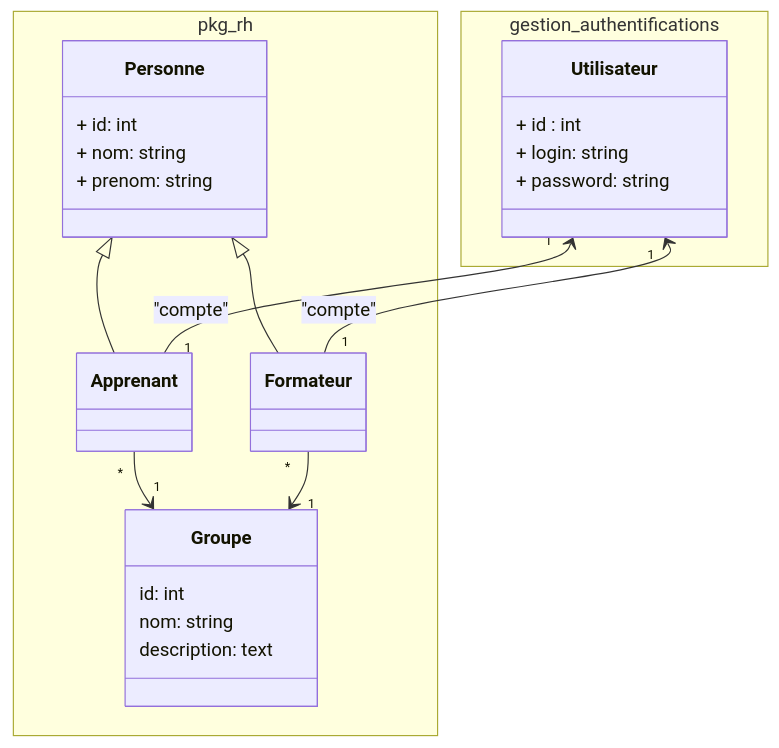
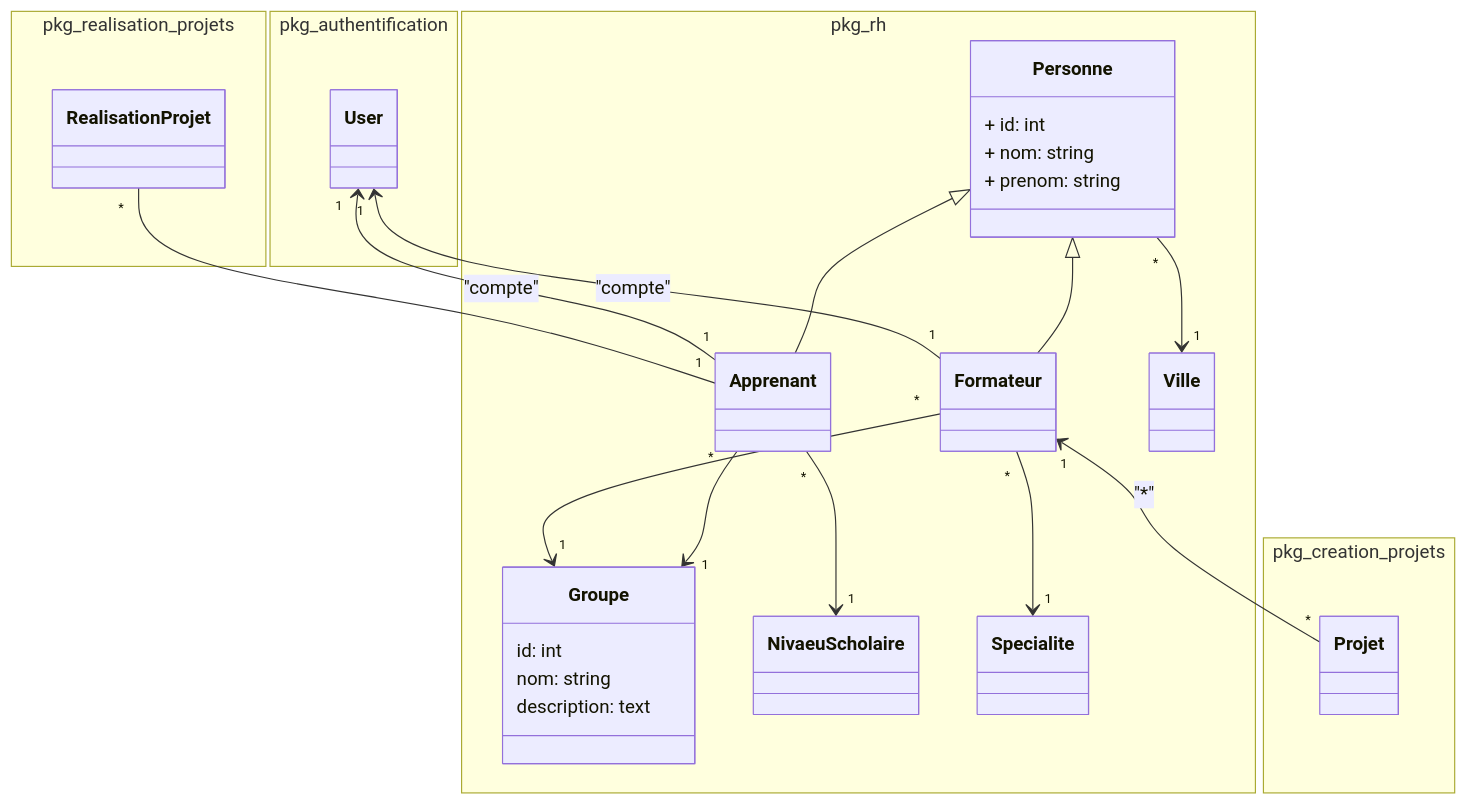
The diagram in modélisation/pkg_rh/classes_pkg_rh.mmd (solicoders/soli-lms), drawn with Mermaid before and after one commit. The commit also changed 110 other files, not shown here.

Commit message:
diagramme de classe

```diff
--- a/modélisation/pkg_rh/classes_pkg_rh.mmd
+++ b/modélisation/pkg_rh/classes_pkg_rh.mmd
@@ -1,42 +1,50 @@
 classDiagram
 
 namespace pkg_rh {
+  class Personne
+  class Formateur 
+  class Apprenant
+  class  Groupe 
+  class  Ville
+  class  NivaeuScholaire
+  class Specialite
+}
+Personne <|-- Formateur
+Personne <|-- Apprenant 
+User "1" <-- "1" Formateur : "compte"
+User "1" <-- "1" Apprenant : "compte"
+Apprenant  "*" --> "1"  Groupe 
+Formateur "*" --> "1" Groupe
+Formateur "*" --> "1" Specialite
+Apprenant "*" --> "1" NivaeuScholaire
+Personne "*" --> "1" Ville
+
+
+Formateur "1" <-- "*" Projet  :"*"
+RealisationProjet "*" -- "1" Apprenant
+
+namespace pkg_authentification {
+class User
+}
+
+namespace pkg_creation_projets {
+  class Projet 
+}
+namespace pkg_realisation_projets {
+  class RealisationProjet
+}
 
 
 class Personne {
     + id: int 
     + nom: string 
     + prenom: string 
-
     %% + type : string : Voue ne pouvez pas ajouter le champs type ici, il doit être ajouter dans la base de données 
     %% Le change type est sumbolisé dans le diagramme de classe par la notion d'héritage
 }
-class Formateur 
-class Apprenant
 
 class  Groupe {
     id: int
     nom: string
     description: text
 }
-
-}
-
-
-namespace gestion_authentifications {
-
-class Utilisateur {
-    + id : int
-    + login: string 
-    + password: string 
-}
-}
-
-Personne <|-- Formateur
-Personne <|-- Apprenant 
-Utilisateur "1" <-- "1" Formateur : "compte"
-Utilisateur "1" <-- "1" Apprenant : "compte"
-
-Apprenant  "*" --> "1"  Groupe 
-
-Formateur "*" --> "1" Groupe
```
